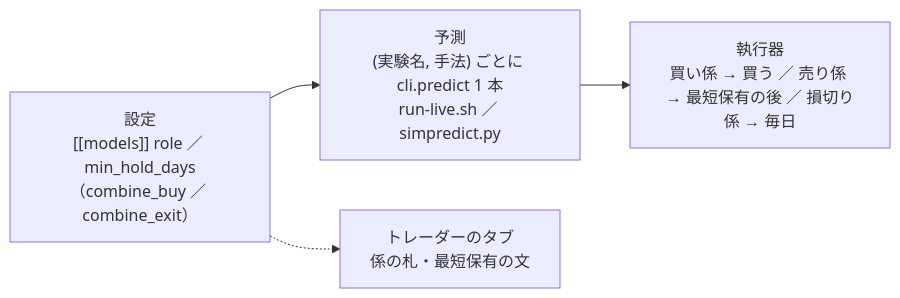
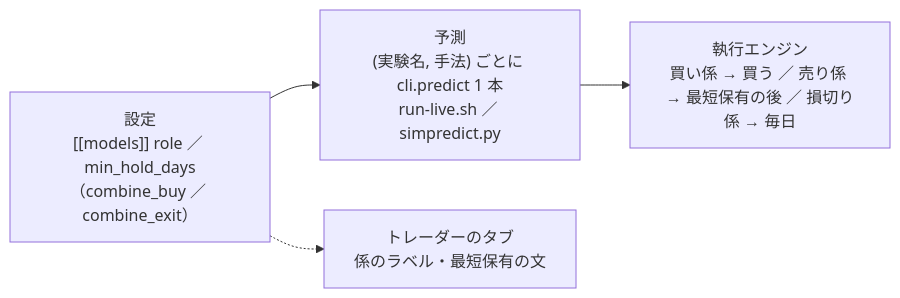
The fourth of 5 diagrams in docs/specs/howto-model-trader.md (akiraak/ai-income-lab), drawn with Mermaid before and after one commit. The commit also changed other lines of this file and 45 other files, not shown here.

````diff
--- a/docs/specs/howto-model-trader.md
+++ b/docs/specs/howto-model-trader.md
@@ -119,6 +119,6 @@
 ```mermaid
 flowchart LR
   C["設定<br/>[[models]] role ／ min_hold_days<br/>（combine_buy ／ combine_exit）"] --> P["予測<br/>(実験名, 手法) ごとに cli.predict 1 本<br/>run-live.sh ／ simpredict.py"]
-  P --> E["執行器<br/>買い係 → 買う ／ 売り係 → 最短保有の後 ／ 損切り係 → 毎日"]
-  C -.-> V["トレーダーのタブ<br/>係の札・最短保有の文"]
+  P --> E["執行エンジン<br/>買い係 → 買う ／ 売り係 → 最短保有の後 ／ 損切り係 → 毎日"]
+  C -.-> V["トレーダーのタブ<br/>係のラベル・最短保有の文"]
 ```
````
